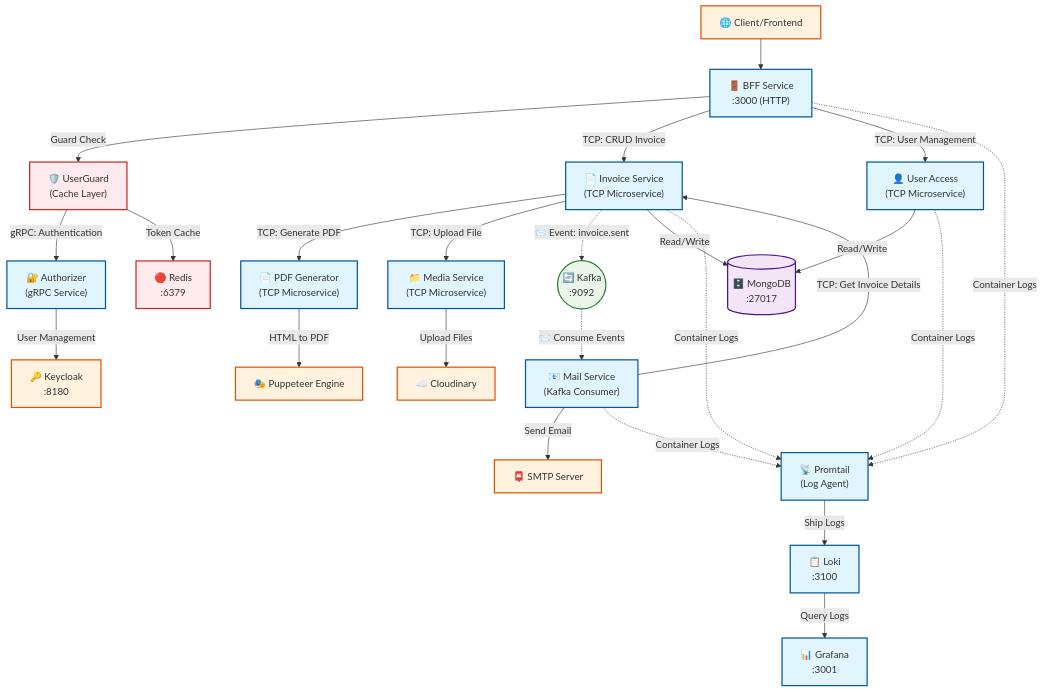
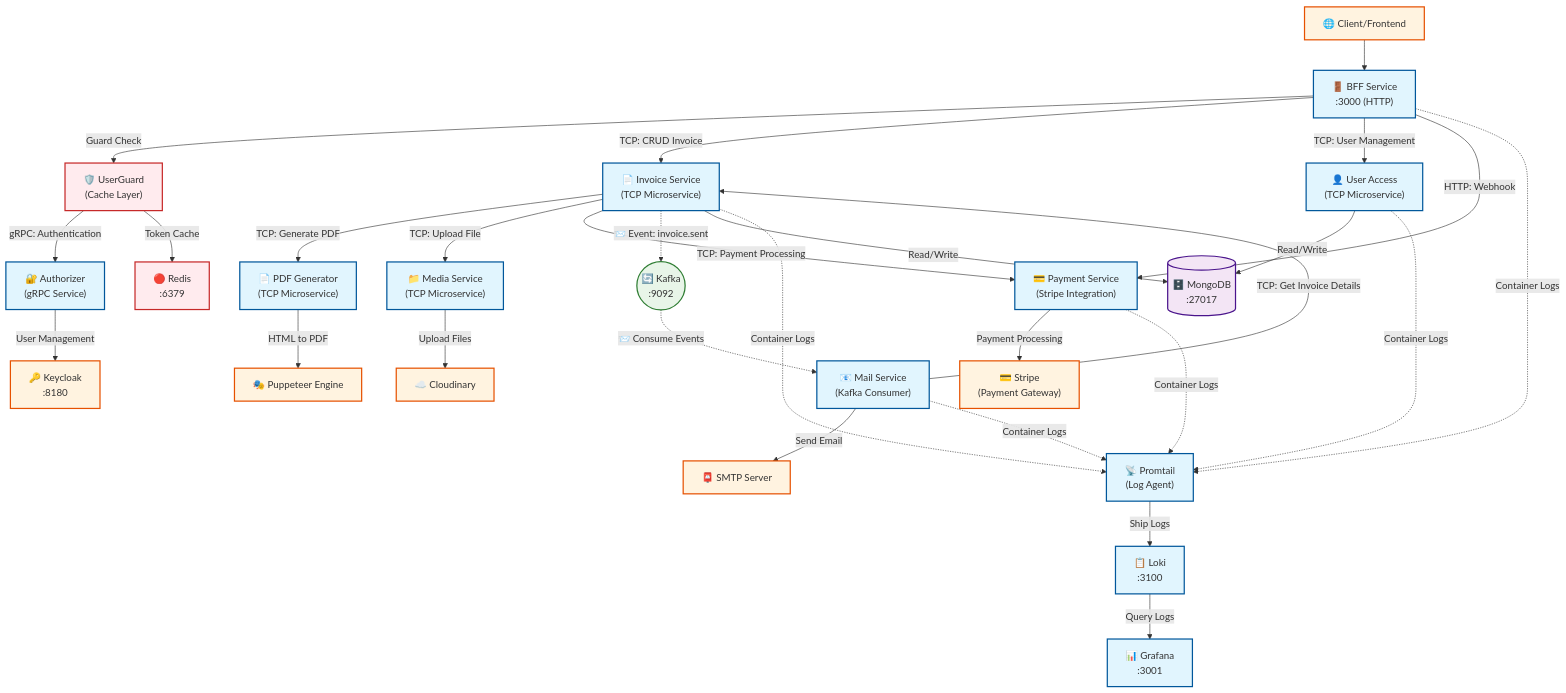
Before and after one commit to thanhmati/einvoice-backend: the first of 8 diagrams in TEACHING_GUIDE.md, drawn with Mermaid. The commit also changed other lines of this file and 4 other files, not shown here.

Commit message:
Add Stripe payment integration with webhook handling and email flow

````diff
--- a/TEACHING_GUIDE.md
+++ b/TEACHING_GUIDE.md
@@ -51,64 +51,69 @@
 ```mermaid
 graph TB
     %% External Layer
     Client["🌐 Client/Frontend"] --> BFF["🚪 BFF Service<br/>:3000 (HTTP)"]
     
     %% BFF Layer with Guard
     BFF -->|"Guard Check"| UserGuard["🛡️ UserGuard<br/>(Cache Layer)"]
     UserGuard -->|"gRPC: Authentication"| Auth["🔐 Authorizer<br/>(gRPC Service)"]
     
     %% BFF TCP Connections
     BFF -->|"TCP: CRUD Invoice"| Invoice["📄 Invoice Service<br/>(TCP Microservice)"]
     BFF -->|"TCP: User Management"| UserAccess["👤 User Access<br/>(TCP Microservice)"]
+    BFF -->|"HTTP: Webhook"| Payment["💳 Payment Service<br/>(Stripe Integration)"]
     
     %% Invoice Service TCP Connections
     Invoice -->|"TCP: Generate PDF"| PDF["📄 PDF Generator<br/>(TCP Microservice)"]
     Invoice -->|"TCP: Upload File"| Media["📁 Media Service<br/>(TCP Microservice)"]
+    Invoice -->|"TCP: Payment Processing"| Payment
     
     %% Mail Service Connections
     Mail -->|"TCP: Get Invoice Details"| Invoice
     
     %% Kafka Asynchronous Events
     Invoice -.->|"📨 Event: invoice.sent"| Kafka(("🔄 Kafka<br/>:9092"))
     Kafka -.->|"📨 Consume Events"| Mail["📧 Mail Service<br/>(Kafka Consumer)"]
     
     %% Database Connections
     Invoice -->|"Read/Write"| MongoDB[("🗄️ MongoDB<br/>:27017")]
     UserAccess -->|"Read/Write"| MongoDB
     
     %% Cache Layer
     UserGuard -->|"Token Cache"| Redis["🔴 Redis<br/>:6379"]
     
     %% External Services
     Media -->|"Upload Files"| Cloudinary["☁️ Cloudinary"]
     PDF -->|"HTML to PDF"| Puppeteer["🎭 Puppeteer Engine"]
     Mail -->|"Send Email"| SMTP["📮 SMTP Server"]
     Auth -->|"User Management"| Keycloak["🔑 Keycloak<br/>:8180"]
+    Payment -->|"Payment Processing"| Stripe["💳 Stripe<br/>(Payment Gateway)"]
     
     %% Logging Infrastructure
     Promtail["📡 Promtail<br/>(Log Agent)"]
     Loki["📋 Loki<br/>:3100"]
     Grafana["📊 Grafana<br/>:3001"]
     
     %% Log Flow
     BFF -.->|"Container Logs"| Promtail
     Invoice -.->|"Container Logs"| Promtail
     UserAccess -.->|"Container Logs"| Promtail
     Mail -.->|"Container Logs"| Promtail
+    Payment -.->|"Container Logs"| Promtail
     Promtail -->|"Ship Logs"| Loki
     Loki -->|"Query Logs"| Grafana
     
     %% Styling
     classDef serviceBox fill:#e1f5fe,stroke:#01579b,stroke-width:2px
     classDef dbBox fill:#f3e5f5,stroke:#4a148c,stroke-width:2px
     classDef externalBox fill:#fff3e0,stroke:#e65100,stroke-width:2px
     classDef eventBox fill:#e8f5e8,stroke:#2e7d32,stroke-width:2px
     classDef cacheBox fill:#ffebee,stroke:#c62828,stroke-width:2px
+    classDef paymentBox fill:#e8f5e8,stroke:#2e7d32,stroke-width:2px
     
-    class BFF,Invoice,UserAccess,Auth,PDF,Media,Mail serviceBox
+    class BFF,Invoice,UserAccess,Auth,PDF,Media,Mail,Payment serviceBox
     class UserGuard,Redis cacheBox
     class MongoDB dbBox
-    class Client,Cloudinary,Puppeteer,SMTP,Keycloak externalBox
+    class Client,Cloudinary,Puppeteer,SMTP,Keycloak,Stripe externalBox
     class Kafka eventBox
     class Promtail,Loki,Grafana serviceBox
 ```
````
